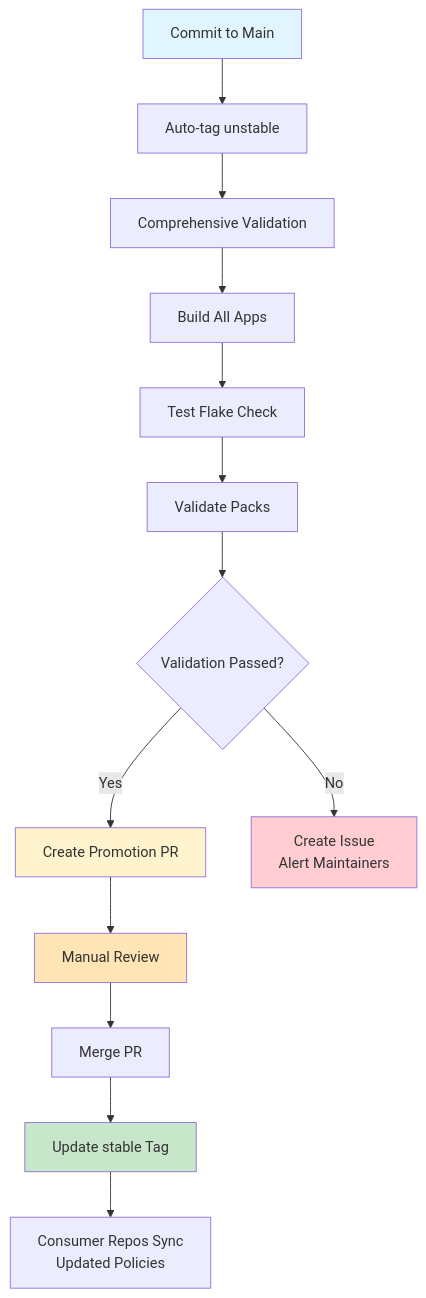
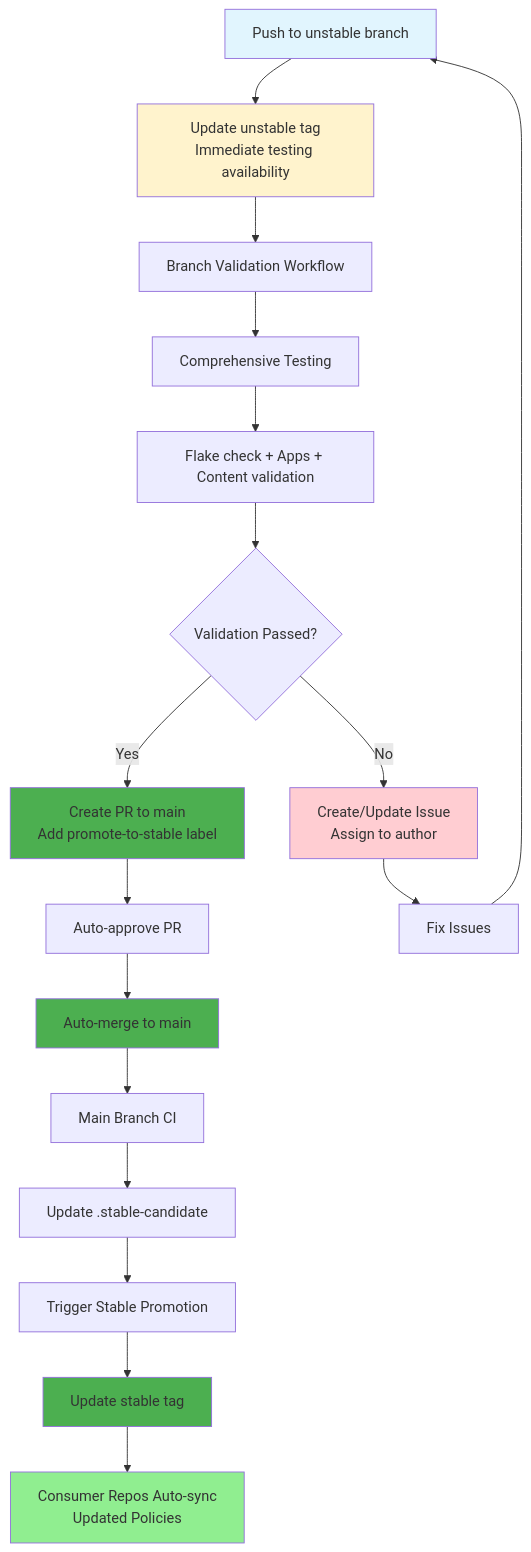
Diagram 11 of 11 in README.md (NixLine-org/nixline-baseline), drawn with Mermaid before and after one commit. The commit also changed other lines of this file and 1 other file, not shown here.

Commit message:
update documentation and add workflow validator

````diff
--- a/README.md
+++ b/README.md
@@ -2192,23 +2203,30 @@
 ```mermaid
 graph TD
-    A[Commit to Main] --> B[Auto-tag unstable]
-    B --> C[Comprehensive Validation]
-    C --> D[Build All Apps]
-    D --> E[Test Flake Check]
-    E --> F[Validate Packs]
-    F --> G{Validation Passed?}
+    A[Push to unstable branch] --> B[Update unstable tag<br/>Immediate testing availability]
+    B --> C[Branch Validation Workflow]
+    C --> D[Comprehensive Testing]
+    D --> E[Flake check + Apps + Content validation]
+    E --> F{Validation Passed?}
 
-    G -->|Yes| H[Create Promotion PR]
-    G -->|No| I[Create Issue<br/>Alert Maintainers]
+    F -->|Yes| G[Create PR to main<br/>Add promote-to-stable label]
+    F -->|No| H[Create/Update Issue<br/>Assign to author]
 
-    H --> J[Manual Review]
-    J --> K[Merge PR]
-    K --> L[Update stable Tag]
-    L --> M[Consumer Repos Sync<br/>Updated Policies]
+    G --> I[Auto-approve PR]
+    I --> J[Auto-merge to main]
+    J --> K[Main Branch CI]
+    K --> L[Update .stable-candidate]
+    L --> M[Trigger Stable Promotion]
+    M --> N[Update stable tag]
+    N --> O[Consumer Repos Auto-sync<br/>Updated Policies]
+
+    H --> P[Fix Issues]
+    P --> A
 
     style A fill:#e1f5fe
-    style H fill:#fff3cd
-    style J fill:#ffe4b5
-    style L fill:#c8e6c9
-    style I fill:#ffcdd2
+    style B fill:#fff3cd
+    style G fill:#4CAF50
+    style J fill:#4CAF50
+    style N fill:#4CAF50
+    style O fill:#90EE90
+    style H fill:#ffcdd2
 ```
````
